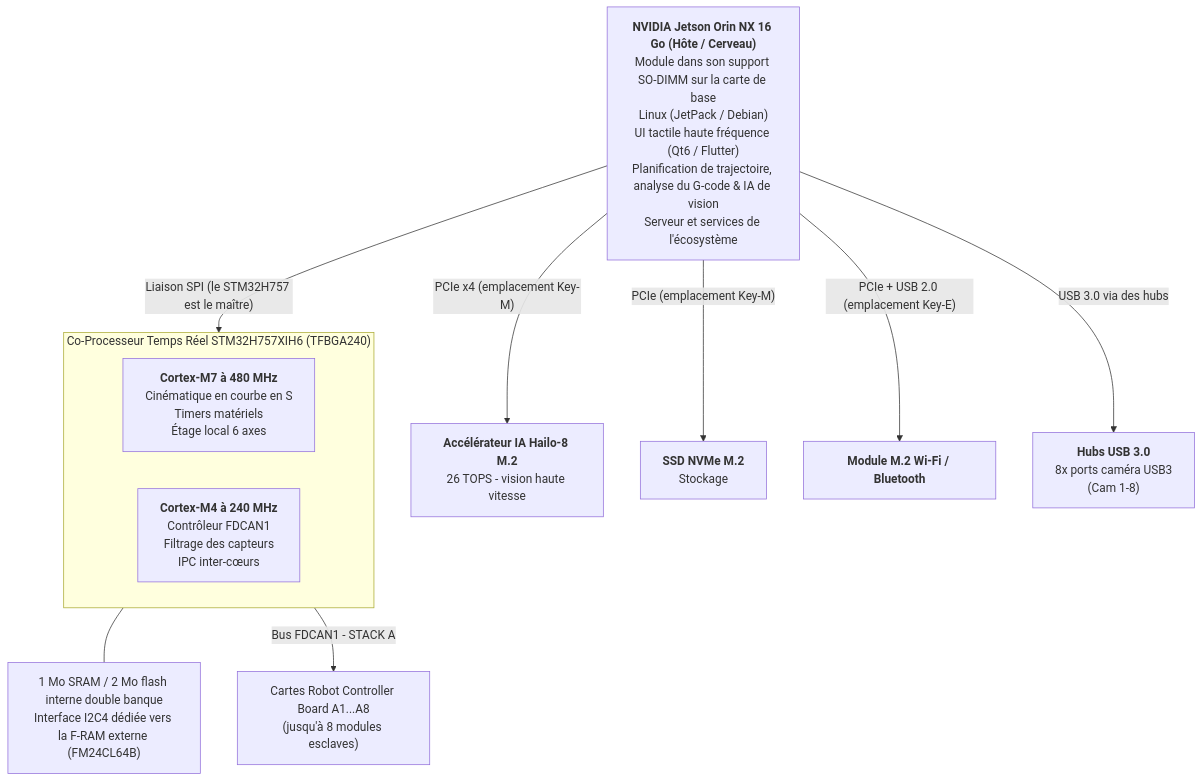
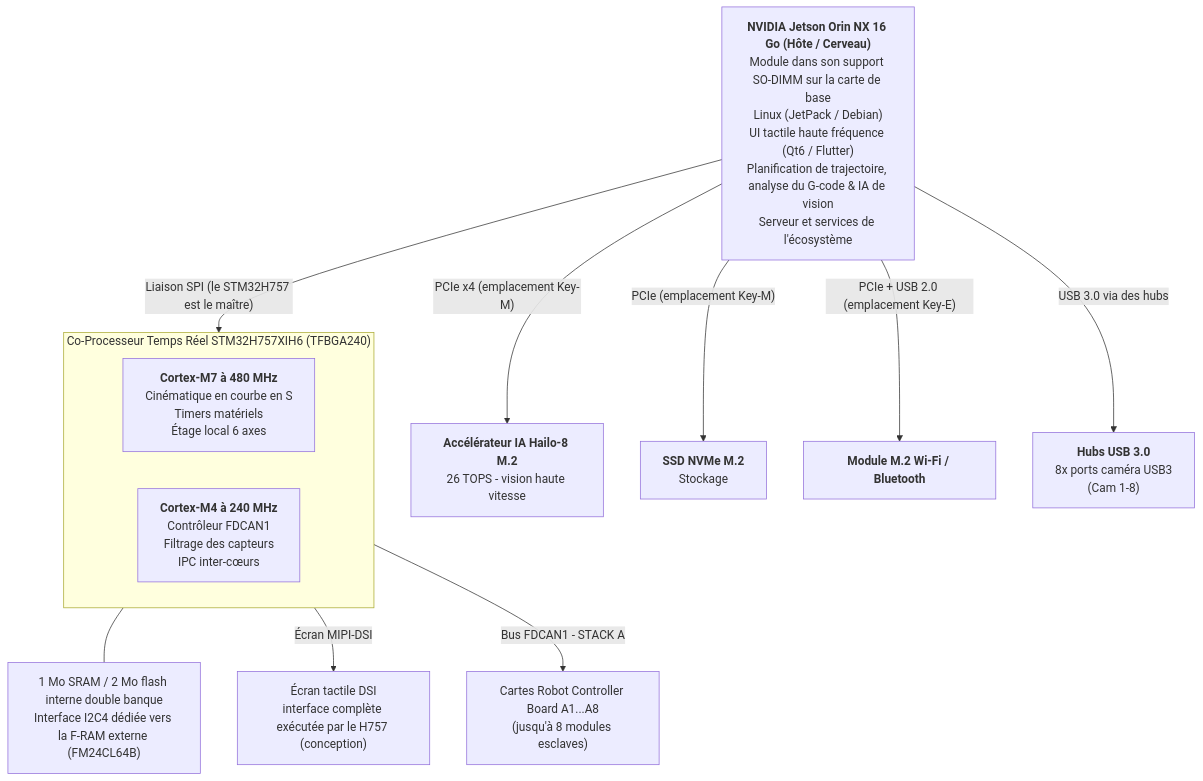
The first of 3 diagrams in README_fra.md (JuanenRac/HYDRA-UMC), drawn with Mermaid before and after one commit. The commit also changed other lines of this file and 8 other files, not shown here.

````diff
--- a/README_fra.md
+++ b/README_fra.md
@@ -95,21 +96,22 @@
 ```mermaid
 flowchart TB
     JETSON["<b>NVIDIA Jetson Orin NX 16 Go (Hôte / Cerveau)</b><br/>Module dans son support SO-DIMM sur la carte de base<br/>Linux (JetPack / Debian)<br/>UI tactile haute fréquence (Qt6 / Flutter)<br/>Planification de trajectoire, analyse du G-code &amp; IA de vision<br/>Serveur et services de l'écosystème"]
 
     JETSON -- "PCIe x4 (emplacement Key-M)" --> HAILO8["<b>Accélérateur IA Hailo-8 M.2</b><br/>26 TOPS - vision haute vitesse"]
     JETSON -- "PCIe (emplacement Key-M)" --> NVME["<b>SSD NVMe M.2</b><br/>Stockage"]
     JETSON -- "PCIe + USB 2.0 (emplacement Key-E)" --> WIFI["<b>Module M.2 Wi-Fi / Bluetooth</b>"]
     JETSON -- "USB 3.0 via des hubs" --> HUBS["<b>Hubs USB 3.0</b><br/>8x ports caméra USB3<br/>(Cam 1-8)"]
 
     JETSON -- "Liaison SPI (le STM32H757 est le maître)" --> MCU
 
     subgraph MCU["Co-Processeur Temps Réel STM32H757XIH6 (TFBGA240)"]
         direction LR
         CM7["<b>Cortex-M7 à 480 MHz</b><br/>Cinématique en courbe en S<br/>Timers matériels<br/>Étage local 6 axes"]
         CM4["<b>Cortex-M4 à 240 MHz</b><br/>Contrôleur FDCAN1<br/>Filtrage des capteurs<br/>IPC inter-cœurs"]
     end
     MEM["1 Mo SRAM / 2 Mo flash interne double banque<br/>Interface I2C4 dédiée vers la F-RAM externe (FM24CL64B)"]
     MCU --- MEM
+    MCU -- "Écran MIPI-DSI" --> DSIDISP["Écran tactile DSI<br/>interface complète exécutée par le H757 (conception)"]
 
     MCU -- "Bus FDCAN1 - STACK A" --> ROBOTS["Cartes Robot Controller Board A1...A8<br/>(jusqu'à 8 modules esclaves)"]
 ```
````
